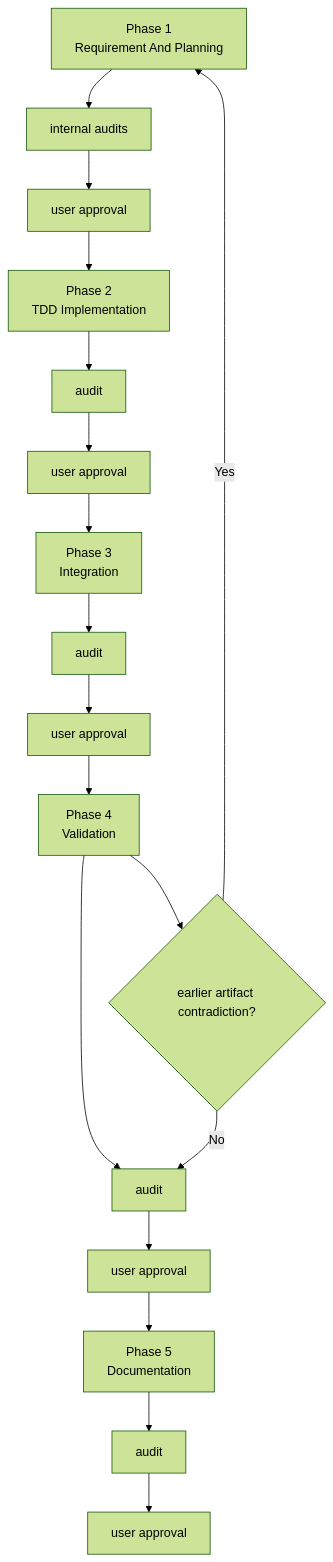
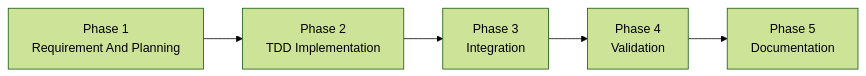
One commit to JisungValue/harness-kit changed the fourth of 9 diagrams in README.md. Above: the diagram before and after it, drawn with Mermaid (forest theme). The commit also changed other lines of this file, not shown here.

Commit message:
refocus README on downstream harness flow

````diff
--- a/README.md
+++ b/README.md
@@ -94,21 +79,7 @@
 ```mermaid
-flowchart TD
-    A[Phase 1<br/>Requirement And Planning] --> B[internal audits]
-    B --> C[user approval]
-    C --> D[Phase 2<br/>TDD Implementation]
-    D --> E[audit]
-    E --> F[user approval]
-    F --> G[Phase 3<br/>Integration]
-    G --> H[audit]
-    H --> I[user approval]
-    I --> J[Phase 4<br/>Validation]
-    J --> K[audit]
-    K --> L[user approval]
-    L --> M[Phase 5<br/>Documentation]
-    M --> N[audit]
-    N --> O[user approval]
-
-    J --> P{earlier artifact contradiction?}
-    P -->|Yes| A
-    P -->|No| K
+flowchart LR
+    A[Phase 1<br/>Requirement And Planning] --> B[Phase 2<br/>TDD Implementation]
+    B --> C[Phase 3<br/>Integration]
+    C --> D[Phase 4<br/>Validation]
+    D --> E[Phase 5<br/>Documentation]
 ```
````
